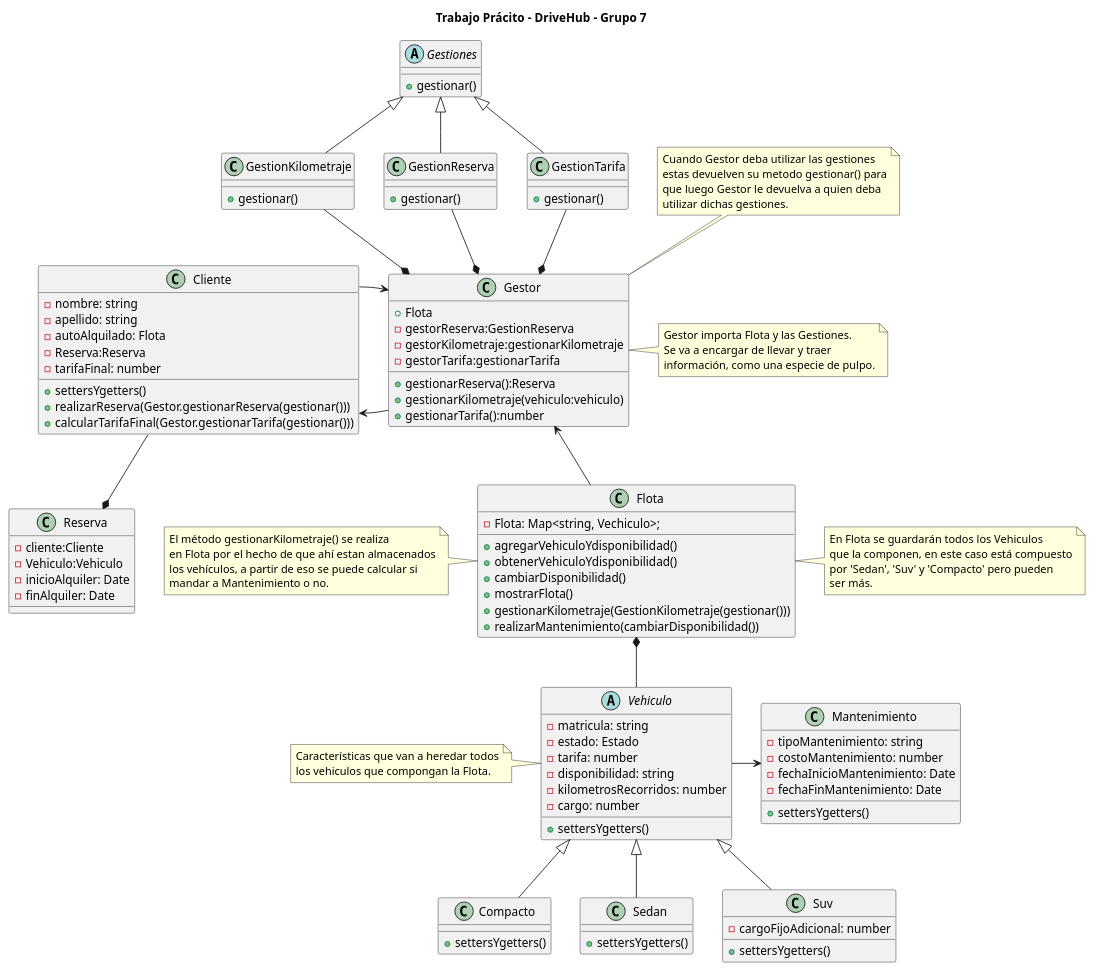
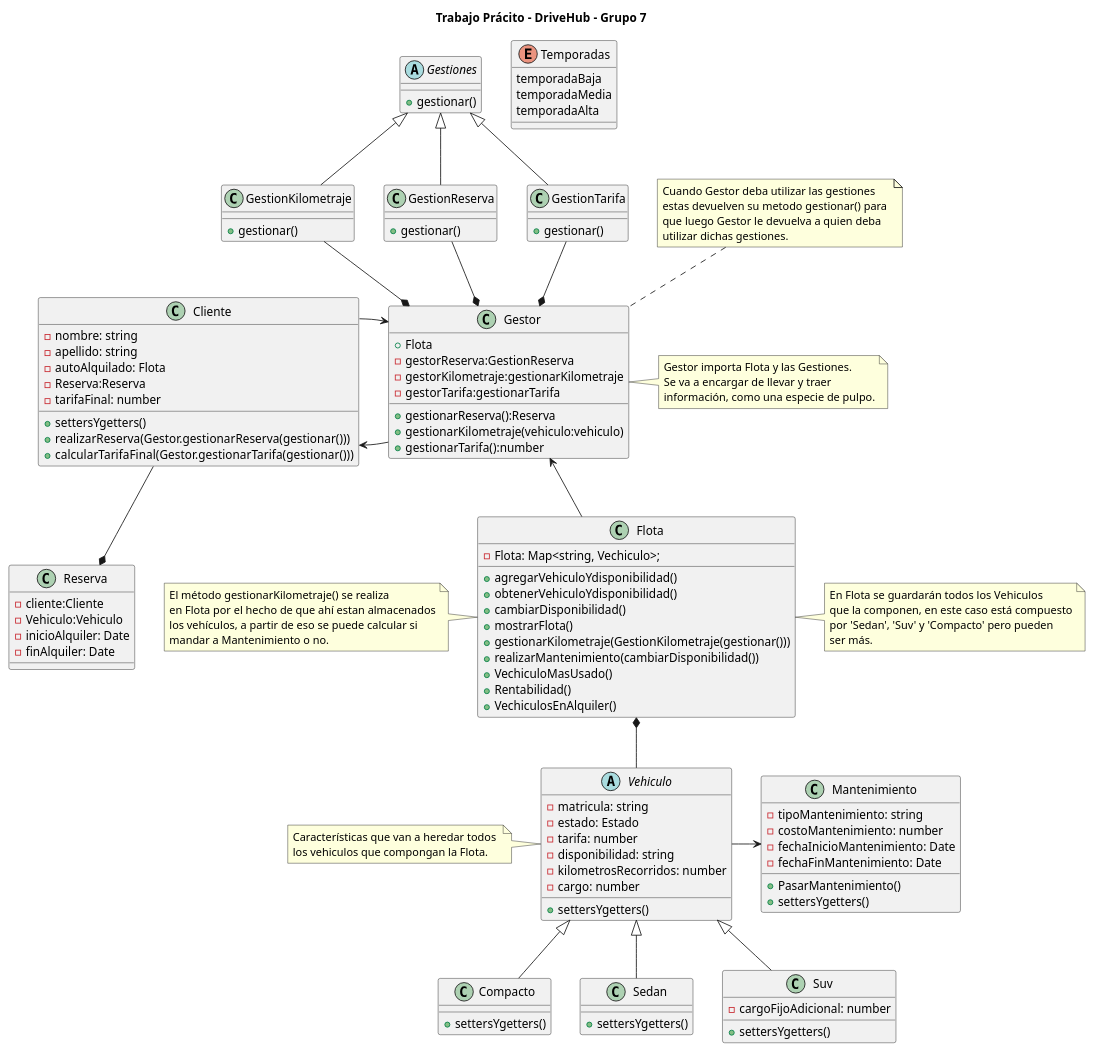
The diagram in diagramaUML/diagramaFlotaVehiculos.puml (antonellaBelenVidela/Programacion2Grupo7), drawn with PlantUML before and after one commit.

Commit message:
cambie un poco el uml para la segunda parte del tp

```diff
--- a/diagramaUML/diagramaFlotaVehiculos.puml
+++ b/diagramaUML/diagramaFlotaVehiculos.puml
@@ -1,169 +1,179 @@
 @startuml DriveHub
 
 title "Trabajo Prácito - DriveHub - Grupo 7"
 
 'Clases'
 
 abstract class Gestiones{
-    +gestionar()
+  +gestionar()
 
 }
 
 class Cliente{
     - nombre: string
     - apellido: string
     - autoAlquilado: Flota
     - Reserva:Reserva
     - tarifaFinal: number
     + settersYgetters()
     + realizarReserva(Gestor.gestionarReserva(gestionar()))
     + calcularTarifaFinal(Gestor.gestionarTarifa(gestionar()))
 }
 
 class Reserva{
     -cliente:Cliente
     -Vehiculo:Vehiculo
     - inicioAlquiler: Date
     - finAlquiler: Date
 }
 
 
 class Gestor{
     + Flota
     -gestorReserva:GestionReserva
     -gestorKilometraje:gestionarKilometraje
     -gestorTarifa:gestionarTarifa
     + gestionarReserva():Reserva
     + gestionarKilometraje(vehiculo:vehiculo)
     + gestionarTarifa():number
 }
 
 class Flota{
     'La key es la categoría(Suv, Sedan, Compacto)
     'El valor es su disponibilidad(Está disponible o no para el Cliente)'
     - Flota: Map<string, Vechiculo>;
     + agregarVehiculoYdisponibilidad()
     + obtenerVehiculoYdisponibilidad()
     + cambiarDisponibilidad()
     + mostrarFlota()
     + gestionarKilometraje(GestionKilometraje(gestionar()))
     + realizarMantenimiento(cambiarDisponibilidad())
+    +VechiculoMasUsado()
+    +Rentabilidad()
+    +VechiculosEnAlquiler()
 }
 
 abstract class Vehiculo{
     - matricula: string
     - estado: Estado
     - tarifa: number
     - disponibilidad: string
     - kilometrosRecorridos: number
     - cargo: number
-
+ 
     + settersYgetters()
 }
 
 class Compacto{
     + settersYgetters()
 }
 
 class Sedan{
     + settersYgetters()
 }
 
 class Suv{
     - cargoFijoAdicional: number
     + settersYgetters()
 }
 
 class Mantenimiento{
     - tipoMantenimiento: string
     - costoMantenimiento: number
     - fechaInicioMantenimiento: Date
     - fechaFinMantenimiento: Date
 
+    +PasarMantenimiento()
     + settersYgetters()
 }
 
 class GestionReserva extends Gestiones{
     + gestionar()
 }
 
-class GestionKilometraje extends Gestiones{
+ class GestionKilometraje extends Gestiones{
     + gestionar()
 }
 
-class GestionTarifa extends Gestiones{
+ class GestionTarifa extends Gestiones{
     + gestionar()
 }
 
+ enum Temporadas{
+    temporadaBaja
+    temporadaMedia
+    temporadaAlta
+    
+ }
 'Interfaces'
 
 
 
 'Preguntas:
 
 'Flota Pulpo derivador de Tareas' NO
 'Interfaz Gestor de tarifas' Quizas
 'Biblioteca Moment JS para calculos de fecha' Con Date se puede
 
 
 'Relaciones Flota'
 Flota *-d- Vehiculo
 
 'Relaciones Herencia'
 Sedan -u-|> Vehiculo
 Suv -u-|> Vehiculo
 Compacto -u-|> Vehiculo
 
 'Relacion de Implementacion
 
 'Relaciones con Gestor'
 Gestor --l-> Cliente
 Cliente --r-> Gestor
 
 Gestor *-u- GestionReserva
 
 Gestor *-u- GestionKilometraje
 
 Gestor *-u-GestionTarifa
 
 Reserva *-u-Cliente
 
 Flota -u-> Gestor
 
 'Relaciones de Dependencia'
 Vehiculo -r-> Mantenimiento
 
 'Notas'
-note right of Gestor
-    Gestor importa Flota y las Gestiones.
-    Se va a encargar de llevar y traer
+note right of Gestor 
+    Gestor importa Flota y las Gestiones. 
+    Se va a encargar de llevar y traer 
     información, como una especie de pulpo.
 end note
 
 note top of Gestor
     Cuando Gestor deba utilizar las gestiones
-    estas devuelven su metodo gestionar() para
+    estas devuelven su metodo gestionar() para 
     que luego Gestor le devuelva a quien deba
     utilizar dichas gestiones.
 end note
 
 note right of Flota
     En Flota se guardarán todos los Vehiculos
     que la componen, en este caso está compuesto
     por 'Sedan', 'Suv' y 'Compacto' pero pueden
     ser más.
 end note
 
 note left of Vehiculo
-    Características que van a heredar todos
+    Características que van a heredar todos 
     los vehiculos que compongan la Flota.
 end note
 
 note left of Flota
     El método gestionarKilometraje() se realiza
     en Flota por el hecho de que ahí estan almacenados
     los vehículos, a partir de eso se puede calcular si
     mandar a Mantenimiento o no.
 end note
 
 @enduml
```
